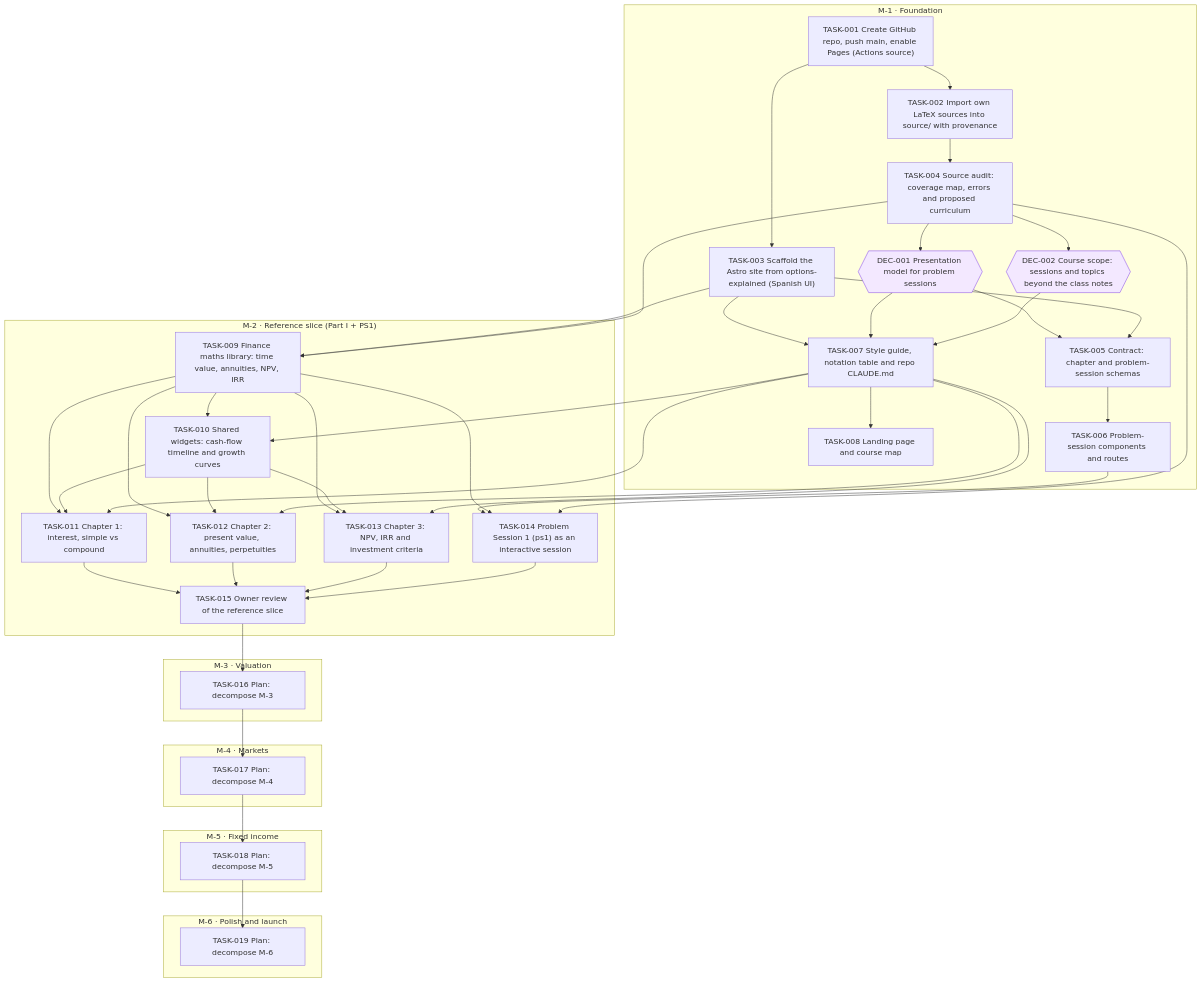
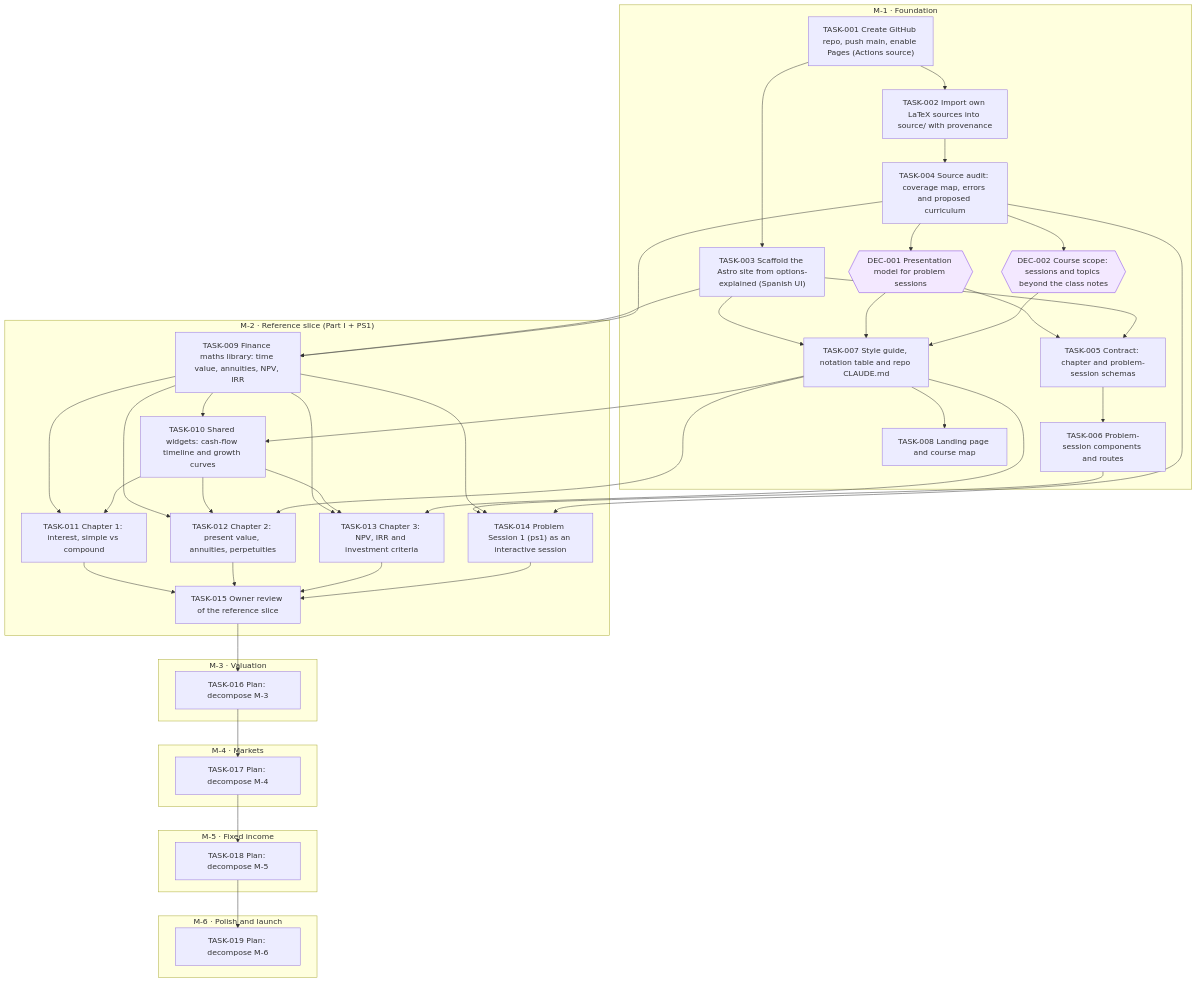
One commit to jesusvillota/economia-financiera changed the diagram in goals/course-site/README.md. Above: the diagram before and after it, drawn with Mermaid. The commit also changed 1 other file, not shown here.

Commit message:
goal(course-site): unlink TASK-011 after TASK-007

````diff
--- a/goals/course-site/README.md
+++ b/goals/course-site/README.md
@@ -19,77 +19,76 @@
 ```mermaid
 flowchart TD
   subgraph M_1["M-1 · Foundation"]
     DEC_001{{"DEC-001 Presentation model for problem sessions"}}
     DEC_002{{"DEC-002 Course scope: sessions and topics beyond the class notes"}}
     TASK_001["TASK-001 Create GitHub repo, push main, enable Pages (Actions source)"]
     TASK_002["TASK-002 Import own LaTeX sources into source/ with provenance"]
     TASK_003["TASK-003 Scaffold the Astro site from options-explained (Spanish UI)"]
     TASK_004["TASK-004 Source audit: coverage map, errors and proposed curriculum"]
     TASK_005["TASK-005 Contract: chapter and problem-session schemas"]
     TASK_006["TASK-006 Problem-session components and routes"]
     TASK_007["TASK-007 Style guide, notation table and repo CLAUDE.md"]
     TASK_008["TASK-008 Landing page and course map"]
   end
   subgraph M_2["M-2 · Reference slice (Part I + PS1)"]
     TASK_009["TASK-009 Finance maths library: time value, annuities, NPV, IRR"]
     TASK_010["TASK-010 Shared widgets: cash-flow timeline and growth curves"]
     TASK_011["TASK-011 Chapter 1: interest, simple vs compound"]
     TASK_012["TASK-012 Chapter 2: present value, annuities, perpetuities"]
     TASK_013["TASK-013 Chapter 3: NPV, IRR and investment criteria"]
     TASK_014["TASK-014 Problem Session 1 (ps1) as an interactive session"]
     TASK_015["TASK-015 Owner review of the reference slice"]
   end
   subgraph M_3["M-3 · Valuation"]
     TASK_016["TASK-016 Plan: decompose M-3"]
   end
   subgraph M_4["M-4 · Markets"]
     TASK_017["TASK-017 Plan: decompose M-4"]
   end
   subgraph M_5["M-5 · Fixed income"]
     TASK_018["TASK-018 Plan: decompose M-5"]
   end
   subgraph M_6["M-6 · Polish and launch"]
     TASK_019["TASK-019 Plan: decompose M-6"]
   end
   TASK_004 --> DEC_001
   TASK_004 --> DEC_002
   TASK_001 --> TASK_002
   TASK_001 --> TASK_003
   TASK_002 --> TASK_004
   DEC_001 --> TASK_005
   TASK_003 --> TASK_005
   TASK_005 --> TASK_006
   TASK_003 --> TASK_007
   DEC_001 --> TASK_007
   DEC_002 --> TASK_007
   TASK_007 --> TASK_008
   TASK_003 --> TASK_009
   TASK_004 --> TASK_009
   TASK_007 --> TASK_010
   TASK_009 --> TASK_010
   TASK_009 --> TASK_011
   TASK_010 --> TASK_011
-  TASK_007 --> TASK_011
   TASK_009 --> TASK_012
   TASK_010 --> TASK_012
   TASK_007 --> TASK_012
   TASK_009 --> TASK_013
   TASK_010 --> TASK_013
   TASK_007 --> TASK_013
   TASK_006 --> TASK_014
   TASK_009 --> TASK_014
   TASK_004 --> TASK_014
   TASK_011 --> TASK_015
   TASK_012 --> TASK_015
   TASK_013 --> TASK_015
   TASK_014 --> TASK_015
   TASK_015 --> TASK_016
   TASK_016 --> TASK_017
   TASK_017 --> TASK_018
   TASK_018 --> TASK_019
   classDef draft stroke-dasharray: 4 3
   classDef cancelled opacity:0.45
   classDef decision fill:#f3e8ff,stroke:#7c3aed
   class DEC_001 decision
   class DEC_002 decision
 ```
````
